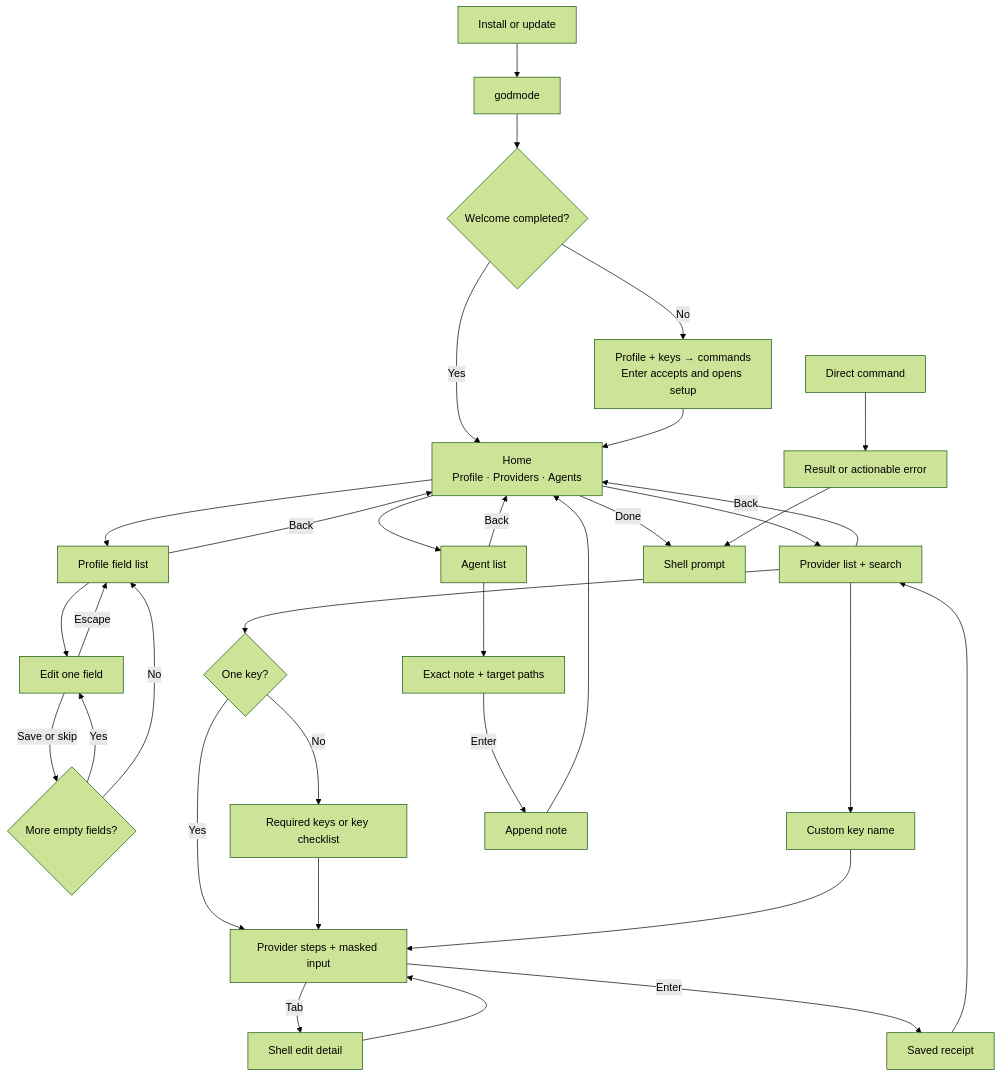
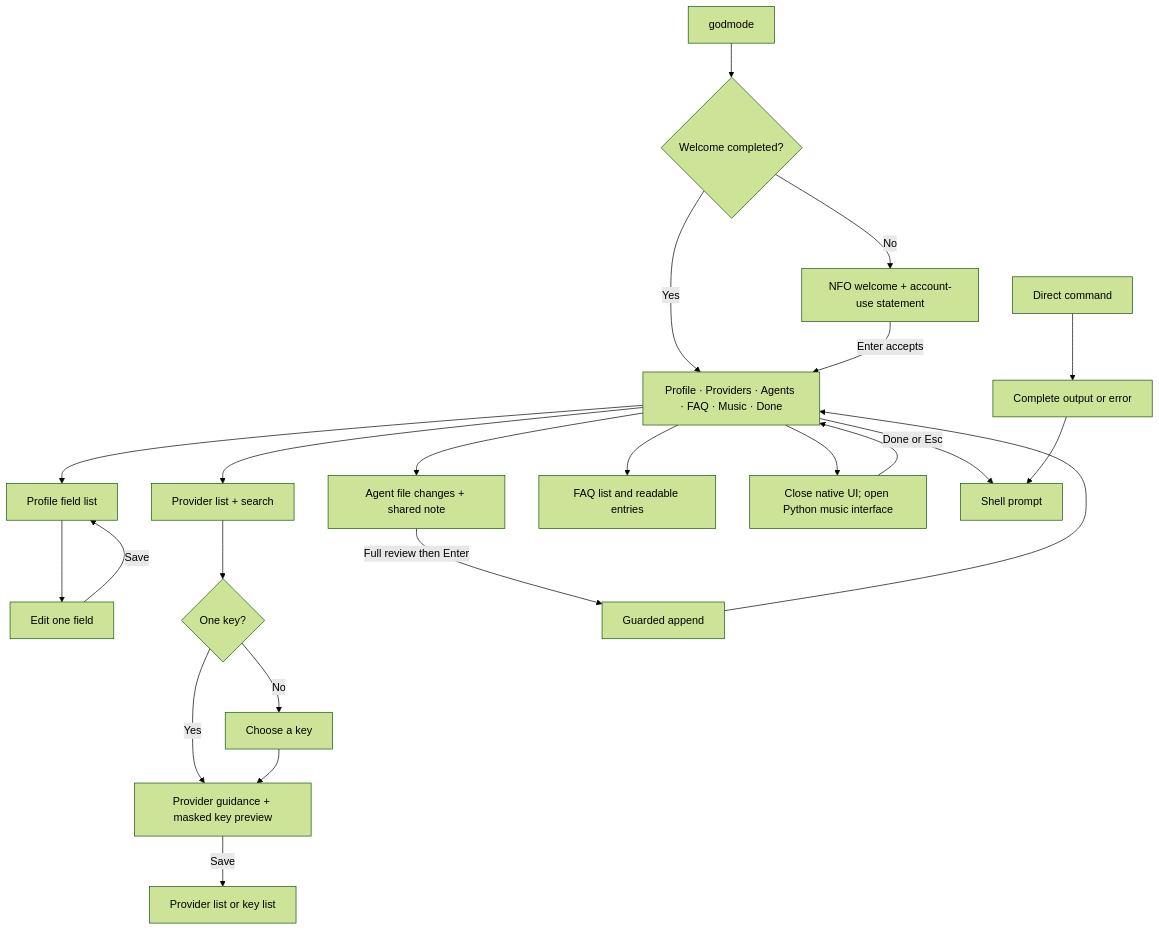
The second of 2 diagrams in docs/dev/CLI_EXPERIENCE.md (lofimichael/godmode-cli), drawn with Mermaid (forest theme) before and after one commit. The commit also changed other lines of this file and 738 other files, not shown here.

Commit message:
Add native Bubble Tea interface, NFO identity and local music

````diff
--- a/docs/dev/CLI_EXPERIENCE.md
+++ b/docs/dev/CLI_EXPERIENCE.md
@@ -28,35 +48,25 @@
 ```mermaid
 flowchart TD
-    Install[Install or update] --> Entry[godmode]
-    Entry --> Seen{Welcome completed?}
-    Seen -->|No| Welcome[Profile + keys → commands\nEnter accepts and opens setup]
-    Seen -->|Yes| Home[Home\nProfile · Providers · Agents]
-    Welcome --> Home
+    Entry[godmode] --> Seen{Welcome completed?}
+    Seen -->|No| Welcome[NFO welcome + account-use statement]
+    Seen -->|Yes| Home[Profile · Providers · Agents · FAQ · Music · Done]
+    Welcome -->|Enter accepts| Home
     Home --> Profile[Profile field list]
     Profile --> Field[Edit one field]
-    Field -->|Save or skip| Missing{More empty fields?}
-    Missing -->|Yes| Field
-    Missing -->|No| Profile
-    Field -->|Escape| Profile
+    Field -->|Save| Profile
     Home --> Providers[Provider list + search]
-    Providers --> Keys{One key?}
-    Keys -->|Yes| Input[Provider steps + masked input]
-    Keys -->|No| KeyList[Required keys or key checklist]
+    Providers --> One{One key?}
+    One -->|Yes| Input[Provider guidance + masked key preview]
+    One -->|No| KeyList[Choose a key]
     KeyList --> Input
-    Providers --> Custom[Custom key name]
-    Custom --> Input
-    Input -->|Enter| Saved[Saved receipt]
-    Input -->|Tab| Detail[Shell edit detail]
-    Detail --> Input
-    Saved --> Providers
-    Home --> Agents[Agent list]
-    Agents --> Preview[Exact note + target paths]
-    Preview -->|Enter| Added[Append note]
-    Added --> Home
-    Profile -->|Back| Home
-    Providers -->|Back| Home
-    Agents -->|Back| Home
-    Home -->|Done| Shell[Shell prompt]
-    Direct[Direct command] --> Data[Result or actionable error]
-    Data --> Shell
+    Input -->|Save| Return[Provider list or key list]
+    Home --> Preview[Agent file changes + shared note]
+    Preview -->|Full review then Enter| Append[Guarded append]
+    Append --> Home
+    Home --> FAQ[FAQ list and readable entries]
+    Home --> Music[Close native UI; open Python music interface]
+    Music --> Home
+    Home -->|Done or Esc| Shell[Shell prompt]
+    Direct[Direct command] --> Result[Complete output or error]
+    Result --> Shell
 ```
````
